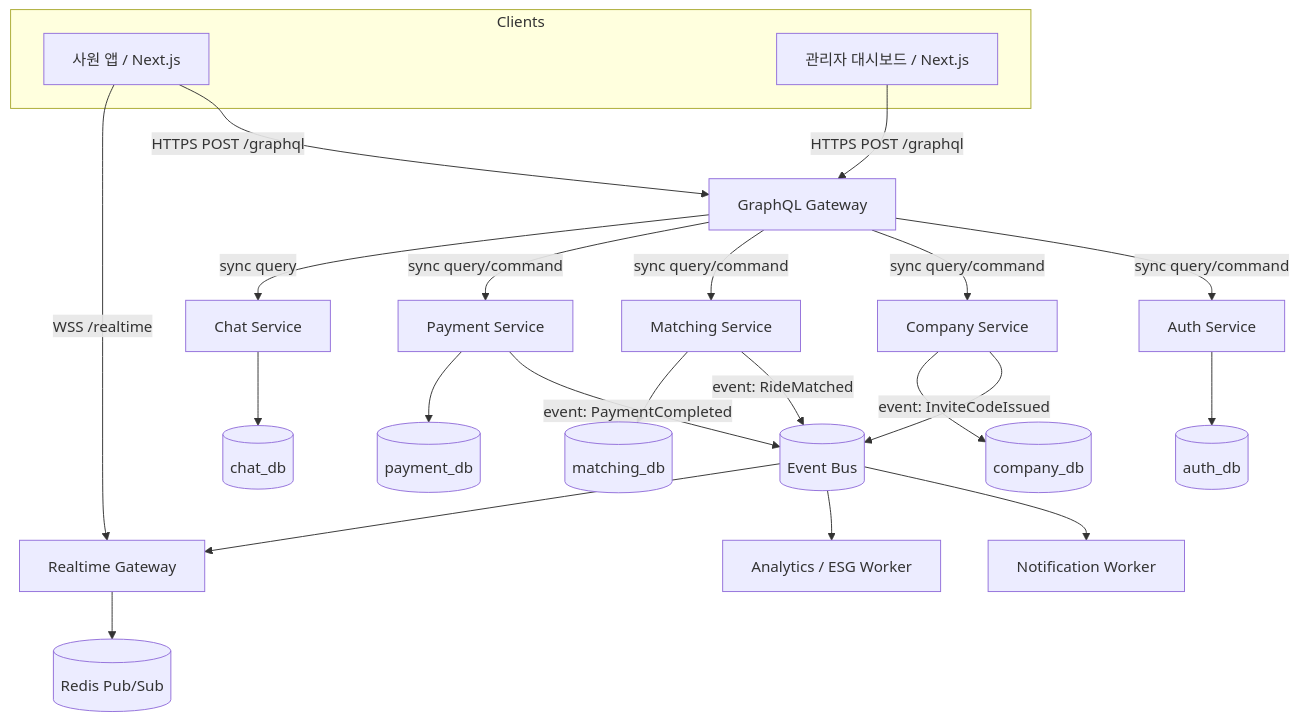
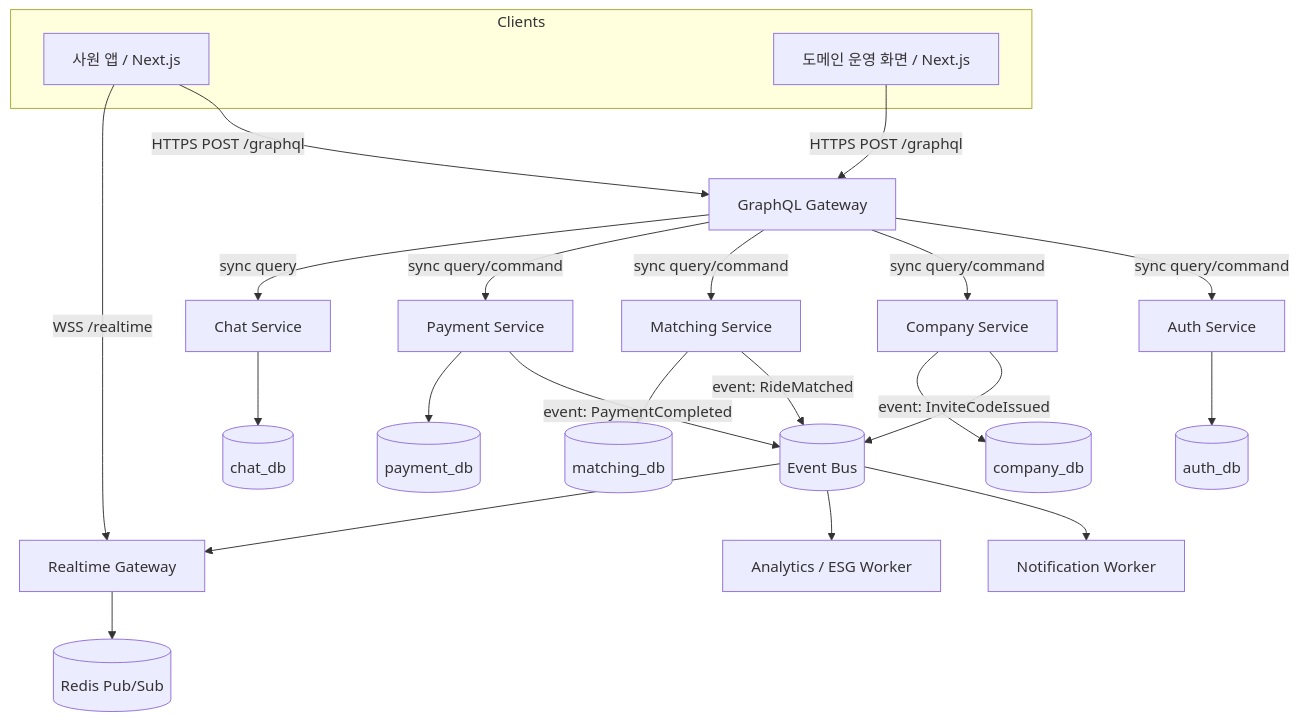
The diagram in architecture/MSA.md (project-ridy/docs), drawn with Mermaid before and after one commit. The commit also changed other lines of this file and 19 other files, not shown here.

````diff
--- a/architecture/MSA.md
+++ b/architecture/MSA.md
@@ -20,32 +20,32 @@
 ```mermaid
 flowchart TB
   subgraph Client[Clients]
     Employee[사원 앱 / Next.js]
-    Admin[관리자 대시보드 / Next.js]
+    Admin[도메인 운영 화면 / Next.js]
   end
 
   Employee -->|HTTPS POST /graphql| GQL[GraphQL Gateway]
   Admin -->|HTTPS POST /graphql| GQL
   Employee -->|WSS /realtime| RT[Realtime Gateway]
 
   GQL -->|sync query/command| Auth[Auth Service]
   GQL -->|sync query/command| Company[Company Service]
   GQL -->|sync query/command| Matching[Matching Service]
   GQL -->|sync query/command| Payment[Payment Service]
   GQL -->|sync query| Chat[Chat Service]
 
   Matching -->|event: RideMatched| Bus[(Event Bus)]
   Payment -->|event: PaymentCompleted| Bus
   Company -->|event: InviteCodeIssued| Bus
   Bus --> Notification[Notification Worker]
   Bus --> Analytics[Analytics / ESG Worker]
   Bus --> RT
 
   Auth --> AuthDB[(auth_db)]
   Company --> CompanyDB[(company_db)]
   Matching --> MatchingDB[(matching_db)]
   Chat --> ChatDB[(chat_db)]
   Payment --> PaymentDB[(payment_db)]
 
   RT --> Redis[(Redis Pub/Sub)]
 ```
````
